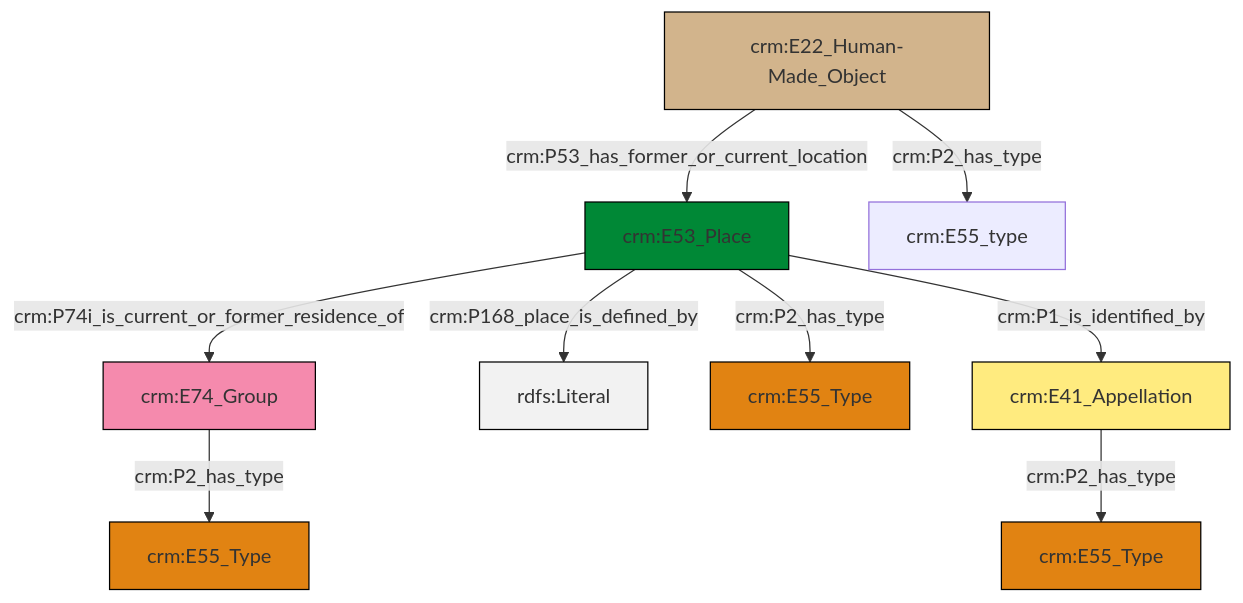
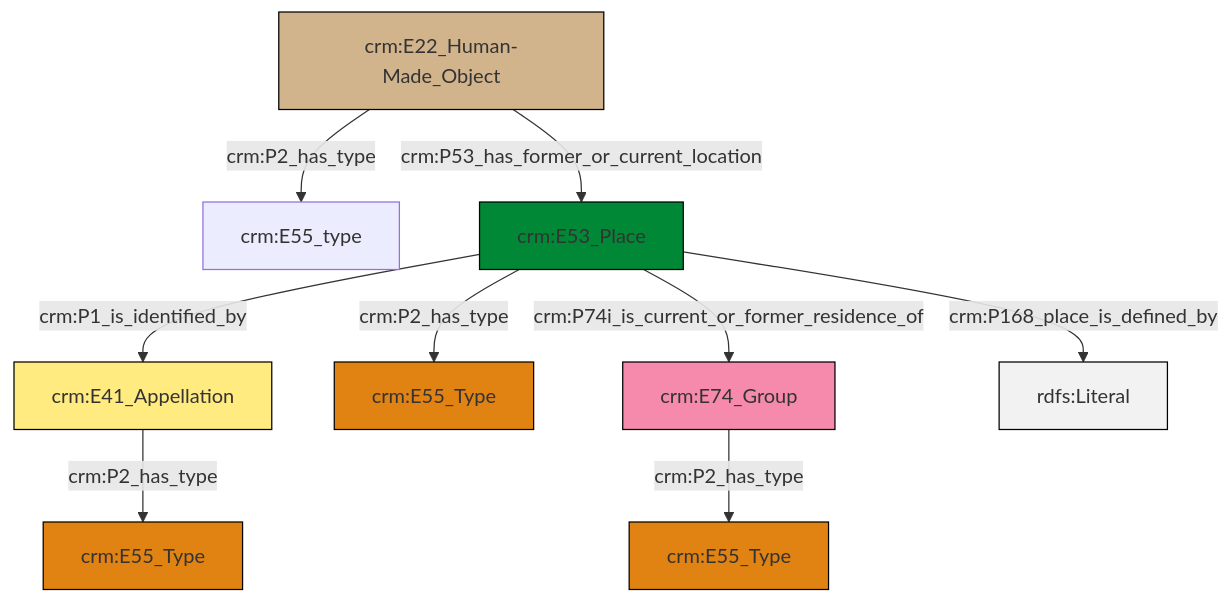
The diagram in et/artworkCSV/ttl/mmd/Artwork_Location.ttl.mmd (swiss-art-research-net/reference-data-models), drawn with Mermaid before and after one commit. The commit also changed 126 other files, not shown here.

```diff
--- a/et/artworkCSV/ttl/mmd/Artwork_Location.ttl.mmd
+++ b/et/artworkCSV/ttl/mmd/Artwork_Location.ttl.mmd
@@ -1,23 +1,23 @@
 graph TD
 classDef Literal fill:#f2f2f2,stroke:#000000;
 classDef CRM_Entity fill:#FFFFFF,stroke:#000000;
 classDef Temporal_Entity fill:#00C9E6, stroke:#000000;
 classDef Type fill:#E18312, stroke:#000000;
 classDef Time-Span fill:#2C9C91, stroke:#000000;
 classDef Appellation fill:#FFEB7F, stroke:#000000;
 classDef Place fill:#008836, stroke:#000000;
 classDef Persistent_Item fill:#B266B2, stroke:#000000;
 classDef Conceptual_Object fill:#FFD700, stroke:#000000;
 classDef Physical_Thing fill:#D2B48C, stroke:#000000;
 classDef Actor fill:#f58aad, stroke:#000000;
 classDef PC_Classes fill:#4ce600, stroke:#000000;
 classDef Multi fill:#cccccc,stroke:#000000;
 
 0["crm:E74_Group"]:::Actor -->|crm:P2_has_type| 1["crm:E55_Type"]:::Type
-2["crm:E53_Place"]:::Place -->|crm:P74i_is_current_or_former_residence_of| 0["crm:E74_Group"]:::Actor
-2["crm:E53_Place"]:::Place -->|crm:P168_place_is_defined_by| 3[rdfs:Literal]:::Literal
-4["crm:E22_Human-Made_Object"]:::Physical_Thing -->|crm:P53_has_former_or_current_location| 2["crm:E53_Place"]:::Place
-2["crm:E53_Place"]:::Place -->|crm:P2_has_type| 7["crm:E55_Type"]:::Type
-2["crm:E53_Place"]:::Place -->|crm:P1_is_identified_by| 8["crm:E41_Appellation"]:::Appellation
-4["crm:E22_Human-Made_Object"]:::Physical_Thing -->|crm:P2_has_type| 9["crm:E55_type"]:::Default
-8["crm:E41_Appellation"]:::Appellation -->|crm:P2_has_type| 5["crm:E55_Type"]:::Type
+8["crm:E22_Human-Made_Object"]:::Physical_Thing -->|crm:P2_has_type| 9["crm:E55_type"]:::Default
+11["crm:E53_Place"]:::Place -->|crm:P1_is_identified_by| 6["crm:E41_Appellation"]:::Appellation
+6["crm:E41_Appellation"]:::Appellation -->|crm:P2_has_type| 4["crm:E55_Type"]:::Type
+11["crm:E53_Place"]:::Place -->|crm:P168_place_is_defined_by| 12[rdfs:Literal]:::Literal
+8["crm:E22_Human-Made_Object"]:::Physical_Thing -->|crm:P53_has_former_or_current_location| 11["crm:E53_Place"]:::Place
+11["crm:E53_Place"]:::Place -->|crm:P74i_is_current_or_former_residence_of| 0["crm:E74_Group"]:::Actor
+11["crm:E53_Place"]:::Place -->|crm:P2_has_type| 2["crm:E55_Type"]:::Type
```
